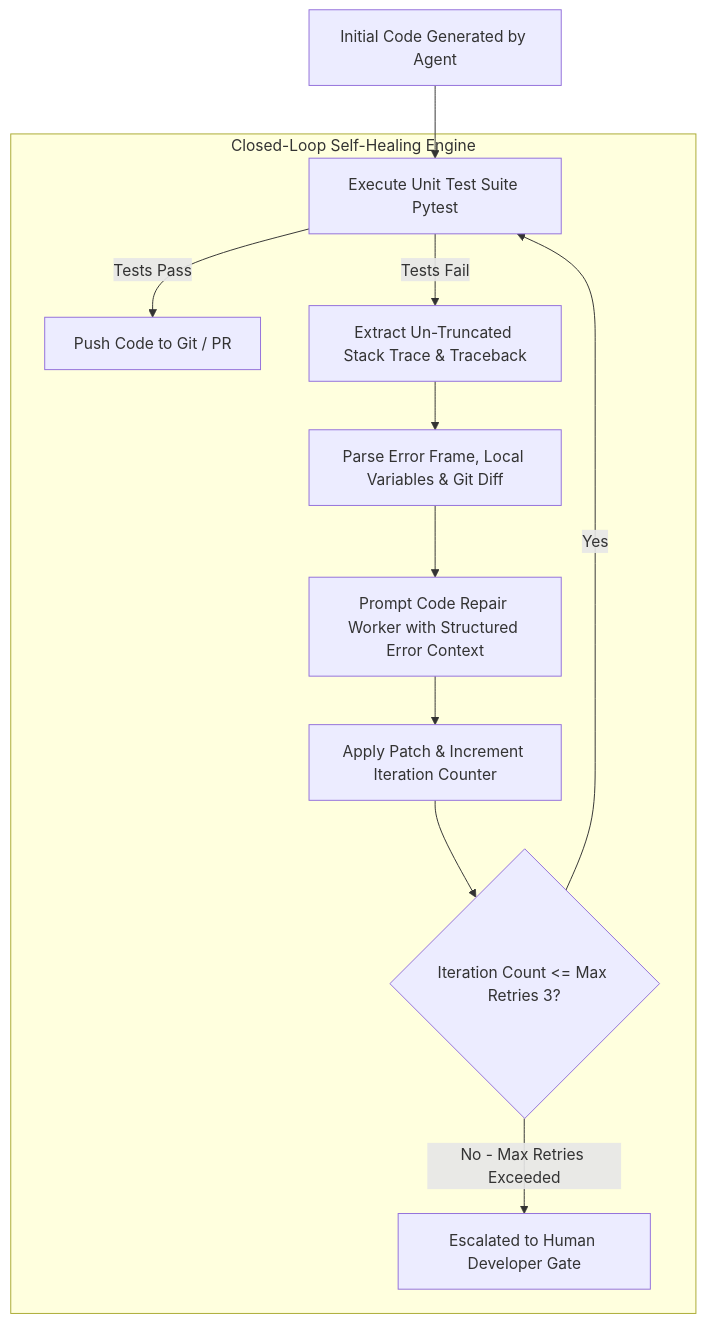
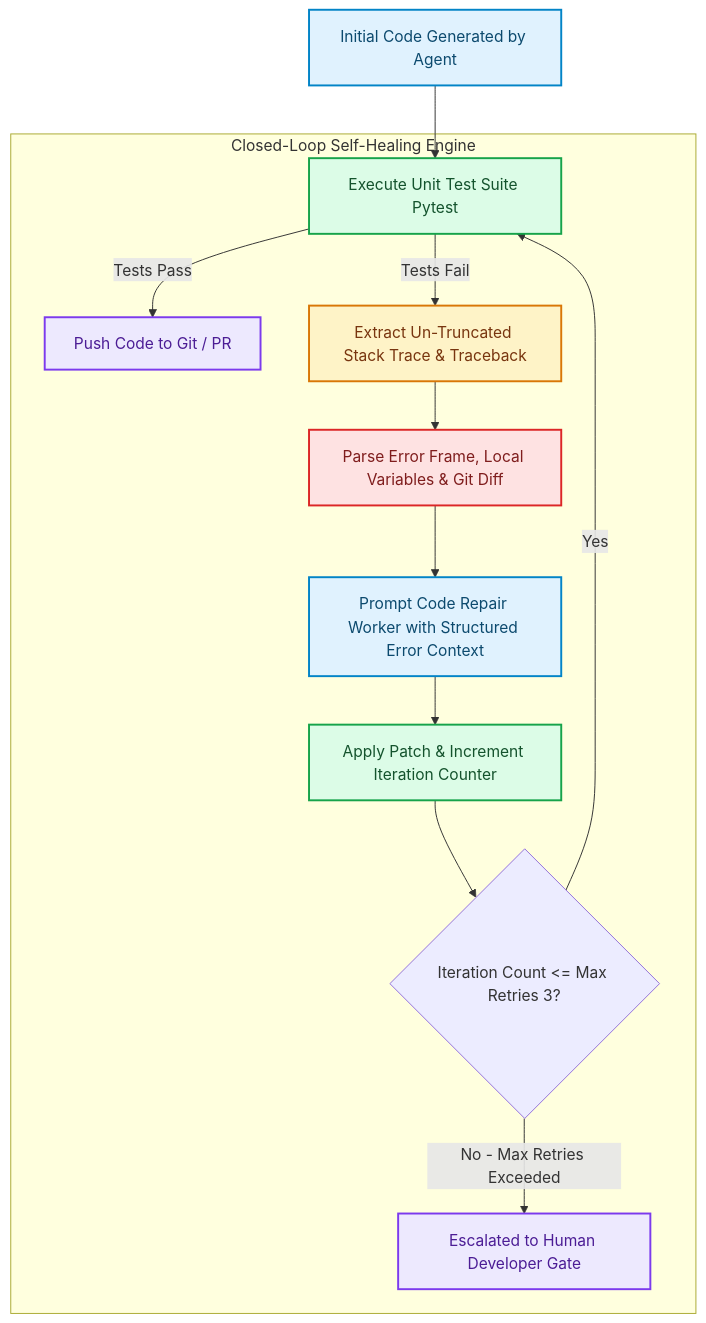
One commit to akmalkhaniub/akmalkhaniub.github.io changed the diagram in blog/posts/self-correction-loops-test-execution-stack-traces-repair-bugs.md. Above: the diagram before and after it, drawn with Mermaid. The commit also changed other lines of this file and 1291 other files, not shown here.

First line of the commit message:
feat(catalog): unique covers, scholarly references, and diagram palettes

````diff
--- a/blog/posts/self-correction-loops-test-execution-stack-traces-repair-bugs.md
+++ b/blog/posts/self-correction-loops-test-execution-stack-traces-repair-bugs.md
@@ -19,17 +19,28 @@
 ```mermaid
 flowchart TD
-  A[Initial Code Generated by Agent] --> B[Execute Unit Test Suite Pytest]
+  A["Initial Code Generated by Agent"] --> B["Execute Unit Test Suite Pytest"]
   
   subgraph SG1_ClosedLoopSelf ["Closed-Loop Self-Healing Engine"]
-    B -->|Tests Pass| C[ Push Code to Git / PR]
-    B -->|Tests Fail| D[Extract Un-Truncated Stack Trace & Traceback]
+    B -->|Tests Pass| C[" Push Code to Git / PR"]
+    B -->|Tests Fail| D["Extract Un-Truncated Stack Trace & Traceback"]
     
-    D --> E[Parse Error Frame, Local Variables & Git Diff]
-    E --> F[Prompt Code Repair Worker with Structured Error Context]
-    F --> G[Apply Patch & Increment Iteration Counter]
+    D --> E["Parse Error Frame, Local Variables & Git Diff"]
+    E --> F["Prompt Code Repair Worker with Structured Error Context"]
+    F --> G["Apply Patch & Increment Iteration Counter"]
     
     G --> H{Iteration Count <= Max Retries 3?}
     H -->|Yes| B
-    H -->|No - Max Retries Exceeded| I[ Escalated to Human Developer Gate]
+    H -->|No - Max Retries Exceeded| I[" Escalated to Human Developer Gate"]
   end
+
+classDef green fill:#dcfce7,stroke:#16a34a,stroke-width:2px,color:#14532d;
+classDef red fill:#fee2e2,stroke:#dc2626,stroke-width:2px,color:#7f1d1d;
+classDef blue fill:#e0f2fe,stroke:#0284c7,stroke-width:2px,color:#0c4a6e;
+classDef yellow fill:#fef3c7,stroke:#d97706,stroke-width:2px,color:#78350f;
+classDef purple fill:#ede9fe,stroke:#7c3aed,stroke-width:2px,color:#4c1d95;
+class A,F blue
+class B,G green
+class C,I purple
+class D yellow
+class E red
 ```
````
